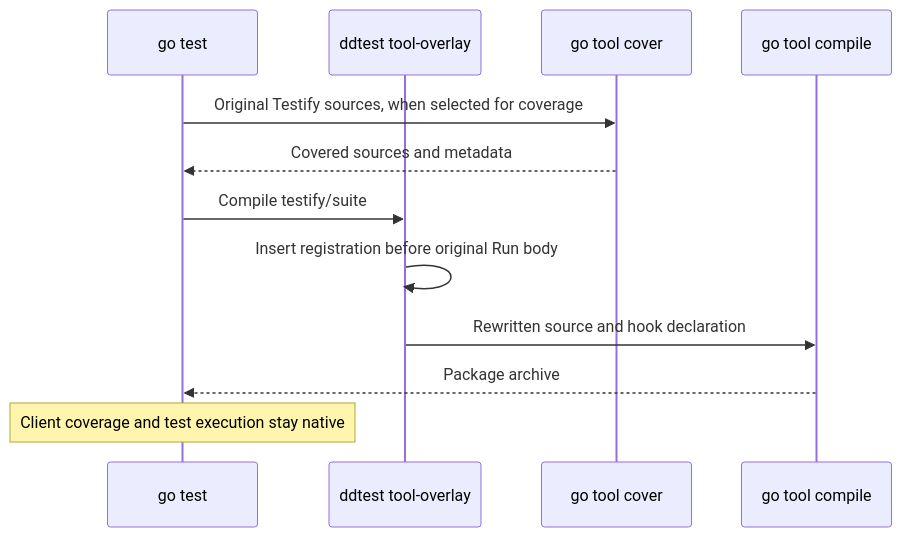
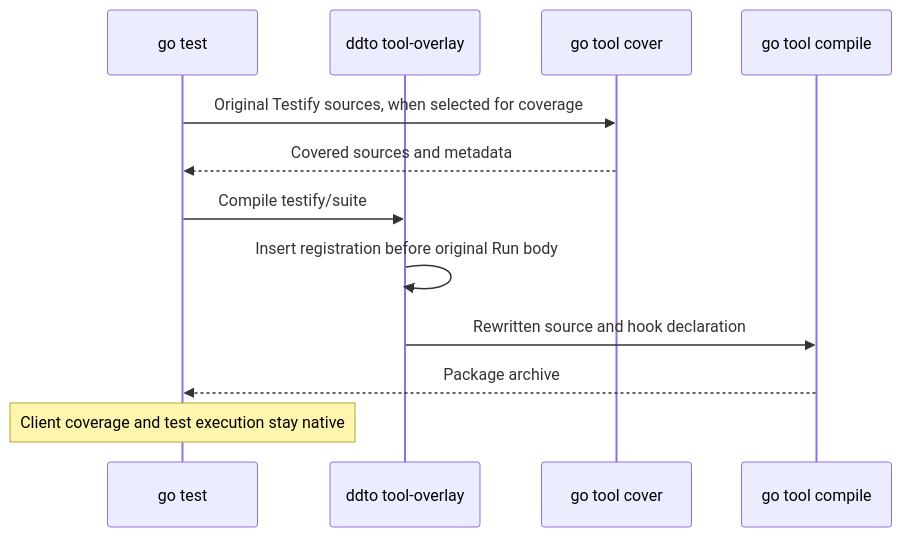
The second of 2 diagrams in ddto/docs/testify.md (DataDog/ddtest), drawn with Mermaid before and after one commit. The commit also changed other lines of this file and 76 other files, not shown here.

First line of the commit message:
Rename the CLI from ddtest to ddto (tonyredondo/dd-ci-testing-poc#23)

````diff
--- a/ddto/docs/testify.md
+++ b/ddto/docs/testify.md
@@ -176,14 +176,14 @@
 ```mermaid
 sequenceDiagram
     participant Go as go test
-    participant Tool as ddtest tool-overlay
+    participant Tool as ddto tool-overlay
     participant Cover as go tool cover
     participant Compile as go tool compile
     Go->>Cover: Original Testify sources, when selected for coverage
     Cover-->>Go: Covered sources and metadata
     Go->>Tool: Compile testify/suite
     Tool->>Tool: Insert registration before original Run body
     Tool->>Compile: Rewritten source and hook declaration
     Compile-->>Go: Package archive
     Note over Go: Client coverage and test execution stay native
 ```
````
